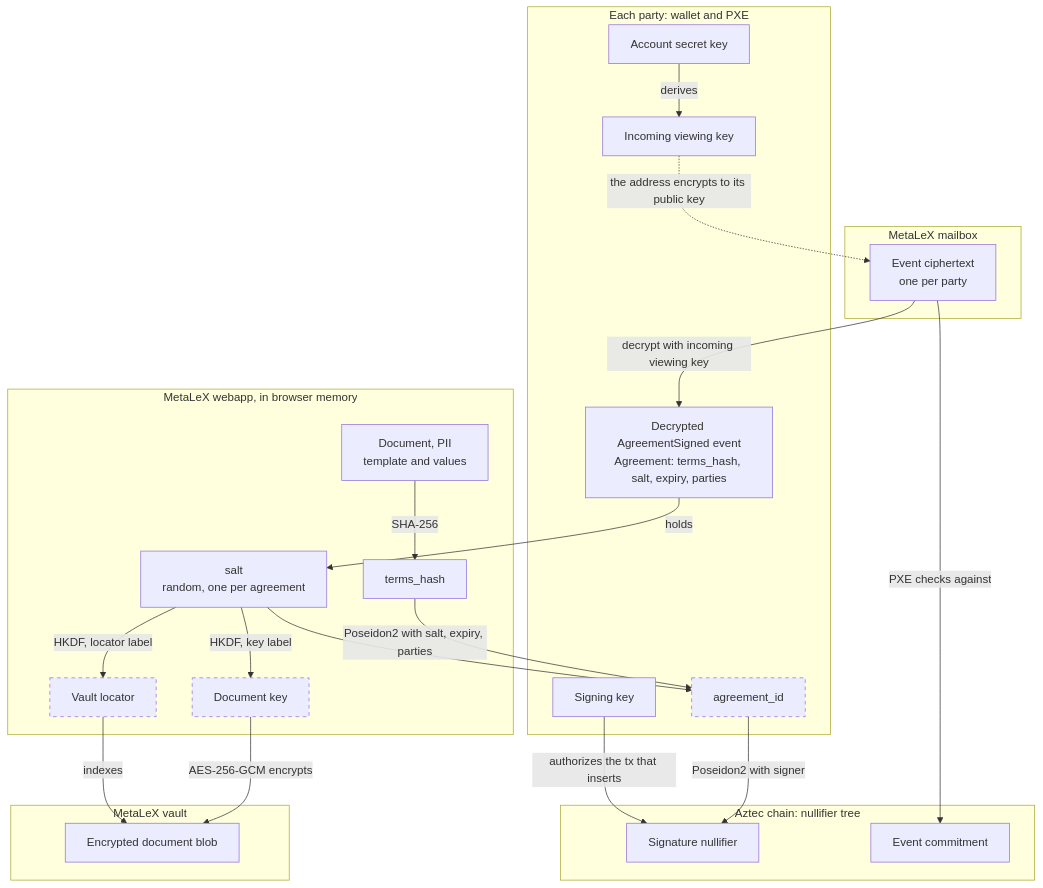
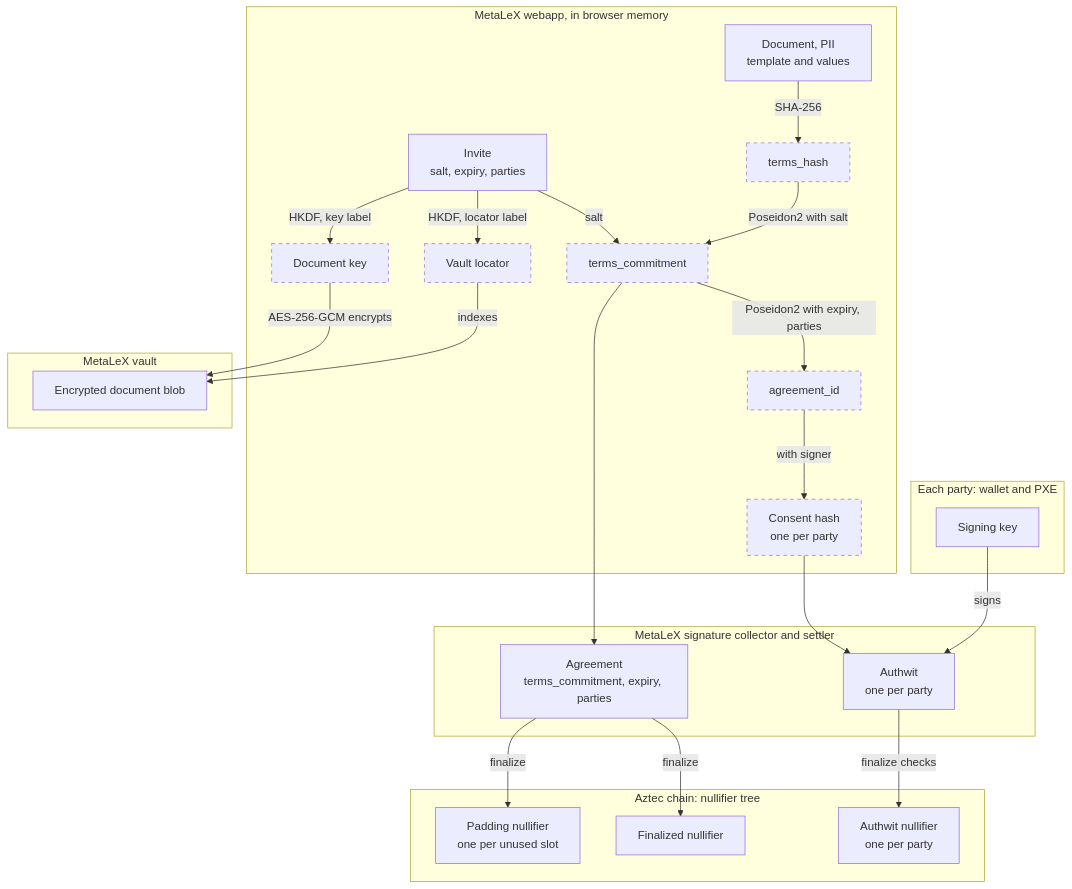
One commit to MetaLex-Tech/cybercorps-contracts changed the second of 2 diagrams in aztec/ARCHITECTURE.md. Above: the diagram before and after it, drawn with Mermaid. The commit also changed other lines of this file and 9 other files, not shown here.

````diff
--- a/aztec/ARCHITECTURE.md
+++ b/aztec/ARCHITECTURE.md
@@ -153,45 +178,47 @@
 ```mermaid
 flowchart TB
     subgraph Wallet["Each party: wallet and PXE"]
-        SK["Account secret key"]
-        IVSK["Incoming viewing key"]
         SIG["Signing key"]
-        EVT["Decrypted AgreementSigned event<br/>Agreement: terms_hash, salt, expiry, parties"]
-        AID["agreement_id"]
     end
     subgraph Webapp["MetaLeX webapp, in browser memory"]
-        SALT["salt<br/>random, one per agreement"]
+        INV["Invite<br/>salt, expiry, parties"]
         DOC["Document, PII<br/>template and values"]
         TH["terms_hash"]
+        TC["terms_commitment"]
+        AID["agreement_id"]
+        CH["Consent hash<br/>one per party"]
         LOC["Vault locator"]
         KEY["Document key"]
-    end
-    subgraph Mailbox["MetaLeX mailbox"]
-        CT["Event ciphertext<br/>one per party"]
     end
     subgraph Vault["MetaLeX vault"]
         BLOB["Encrypted document blob"]
     end
+    subgraph Collector["MetaLeX signature collector and settler"]
+        AGR["Agreement<br/>terms_commitment, expiry, parties"]
+        AW["Authwit<br/>one per party"]
+    end
     subgraph Chain["Aztec chain: nullifier tree"]
-        NUL["Signature nullifier"]
-        EC["Event commitment"]
+        AWN["Authwit nullifier<br/>one per party"]
+        PAD["Padding nullifier<br/>one per unused slot"]
+        FIN["Finalized nullifier"]
     end
 
-    SK -->|derives| IVSK
-    CT -->|decrypt with incoming viewing key| EVT
-    IVSK -.->|the address encrypts to its public key| CT
-    EVT -->|holds| SALT
     DOC -->|SHA-256| TH
-    SALT -->|HKDF, locator label| LOC
-    SALT -->|HKDF, key label| KEY
+    TH -->|Poseidon2 with salt| TC
+    INV -->|salt| TC
+    INV -->|HKDF, locator label| LOC
+    INV -->|HKDF, key label| KEY
     KEY -->|AES-256-GCM encrypts| BLOB
     LOC -->|indexes| BLOB
-    TH -->|Poseidon2 with salt, expiry, parties| AID
-    SALT --> AID
-    AID -->|Poseidon2 with signer| NUL
-    SIG -->|authorizes the tx that inserts| NUL
-    CT -->|PXE checks against| EC
+    TC -->|Poseidon2 with expiry, parties| AID
+    TC --> AGR
+    AID -->|with signer| CH
+    SIG -->|signs| AW
+    CH --> AW
+    AW -->|finalize checks| AWN
+    AGR -->|finalize| FIN
+    AGR -->|finalize| PAD
 
     classDef derived stroke-dasharray: 5 5
-    class AID,LOC,KEY derived
+    class TH,TC,AID,CH,LOC,KEY derived
 ```
````
